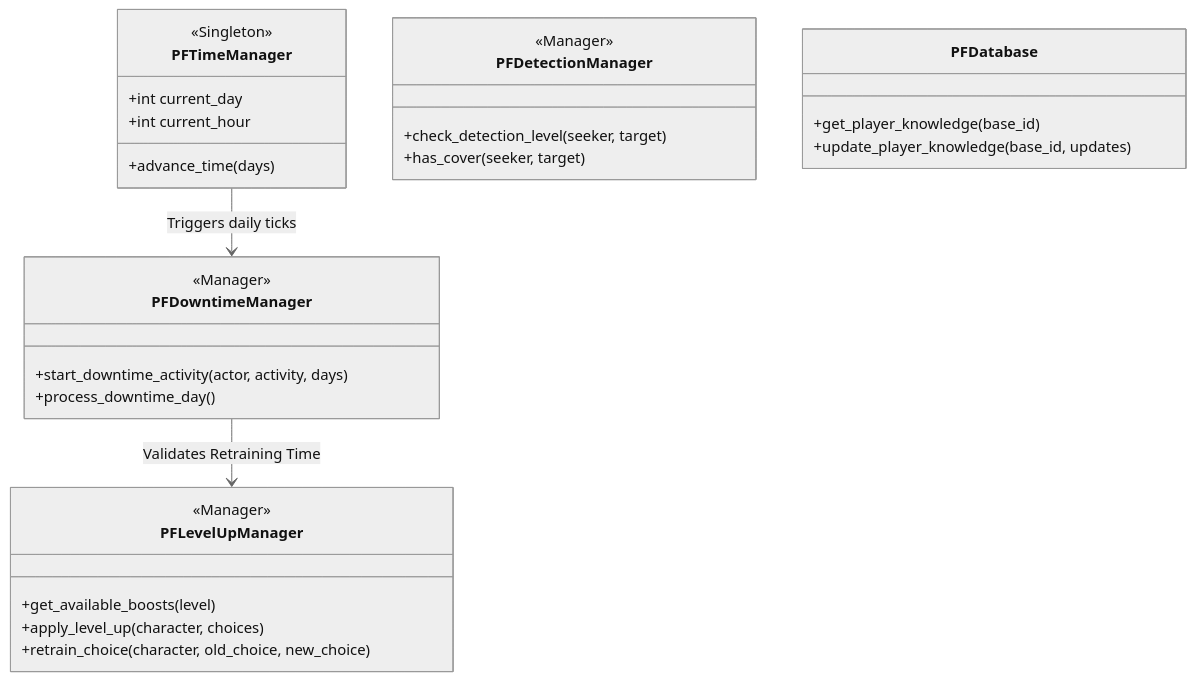
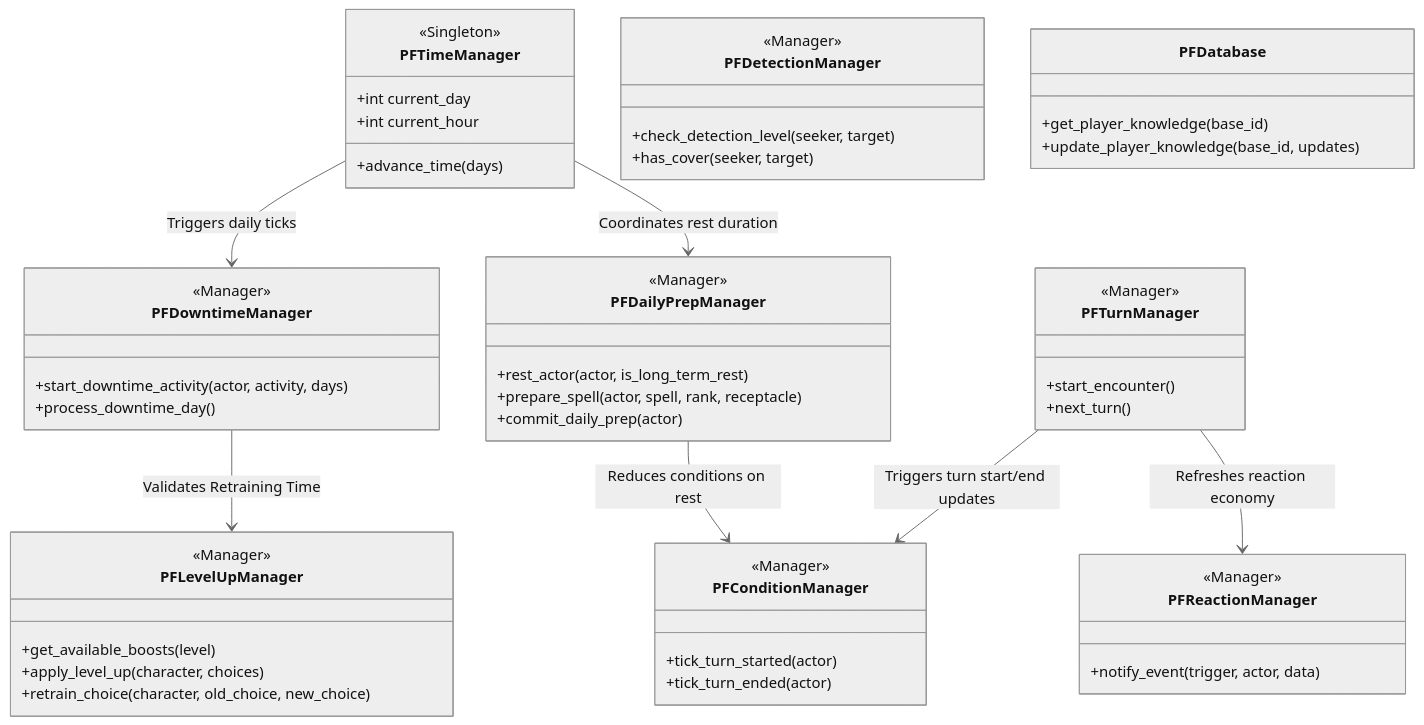
The second of 2 diagrams in README.md (Absion/Pathfinder-2e-RPG), drawn with Mermaid (neutral theme) before and after one commit. The commit also changed other lines of this file and 68 other files, not shown here.

Commit message:
Adding a condition manager, daily preperation manager, and containers

````diff
--- a/README.md
+++ b/README.md
@@ -248,36 +298,64 @@
 ```mermaid
 classDiagram
     class PFLevelUpManager {
         <<Manager>>
         +get_available_boosts(level)
         +apply_level_up(character, choices)
         +retrain_choice(character, old_choice, new_choice)
     }
 
     class PFTimeManager {
         <<Singleton>>
         +int current_day
         +int current_hour
         +advance_time(days)
     }
 
     class PFDowntimeManager {
         <<Manager>>
         +start_downtime_activity(actor, activity, days)
         +process_downtime_day()
     }
     
+    class PFDailyPrepManager {
+        <<Manager>>
+        +rest_actor(actor, is_long_term_rest)
+        +prepare_spell(actor, spell, rank, receptacle)
+        +commit_daily_prep(actor)
+    }
+
+    class PFConditionManager {
+        <<Manager>>
+        +tick_turn_started(actor)
+        +tick_turn_ended(actor)
+    }
+    
+    class PFTurnManager {
+        <<Manager>>
+        +start_encounter()
+        +next_turn()
+    }
+    
+    class PFReactionManager {
+        <<Manager>>
+        +notify_event(trigger, actor, data)
+    }
+
     class PFDetectionManager {
         <<Manager>>
         +check_detection_level(seeker, target)
         +has_cover(seeker, target)
     }
     
     class PFDatabase {
         +get_player_knowledge(base_id)
         +update_player_knowledge(base_id, updates)
     }
 
     PFTimeManager --> PFDowntimeManager : Triggers daily ticks
     PFDowntimeManager --> PFLevelUpManager : Validates Retraining Time
+    PFTimeManager --> PFDailyPrepManager : Coordinates rest duration
+    PFDailyPrepManager --> PFConditionManager : Reduces conditions on rest
+    PFTurnManager --> PFConditionManager : Triggers turn start/end updates
+    PFTurnManager --> PFReactionManager : Refreshes reaction economy
 ```
````
